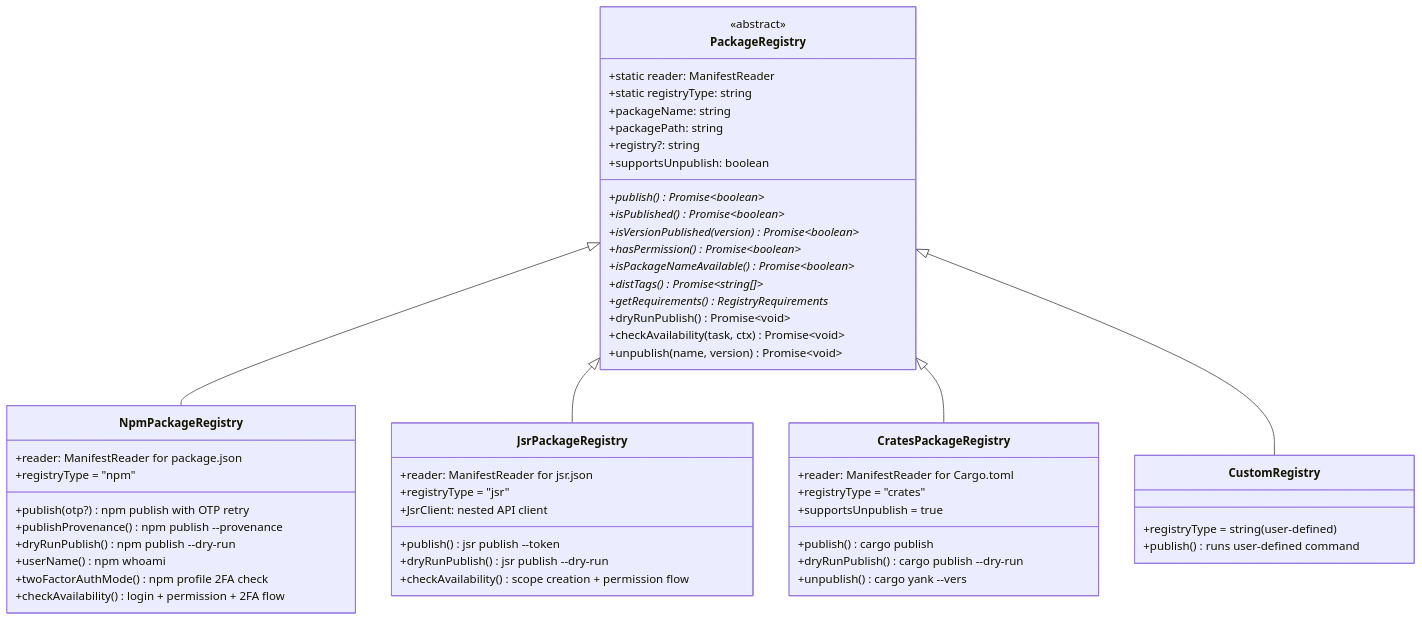
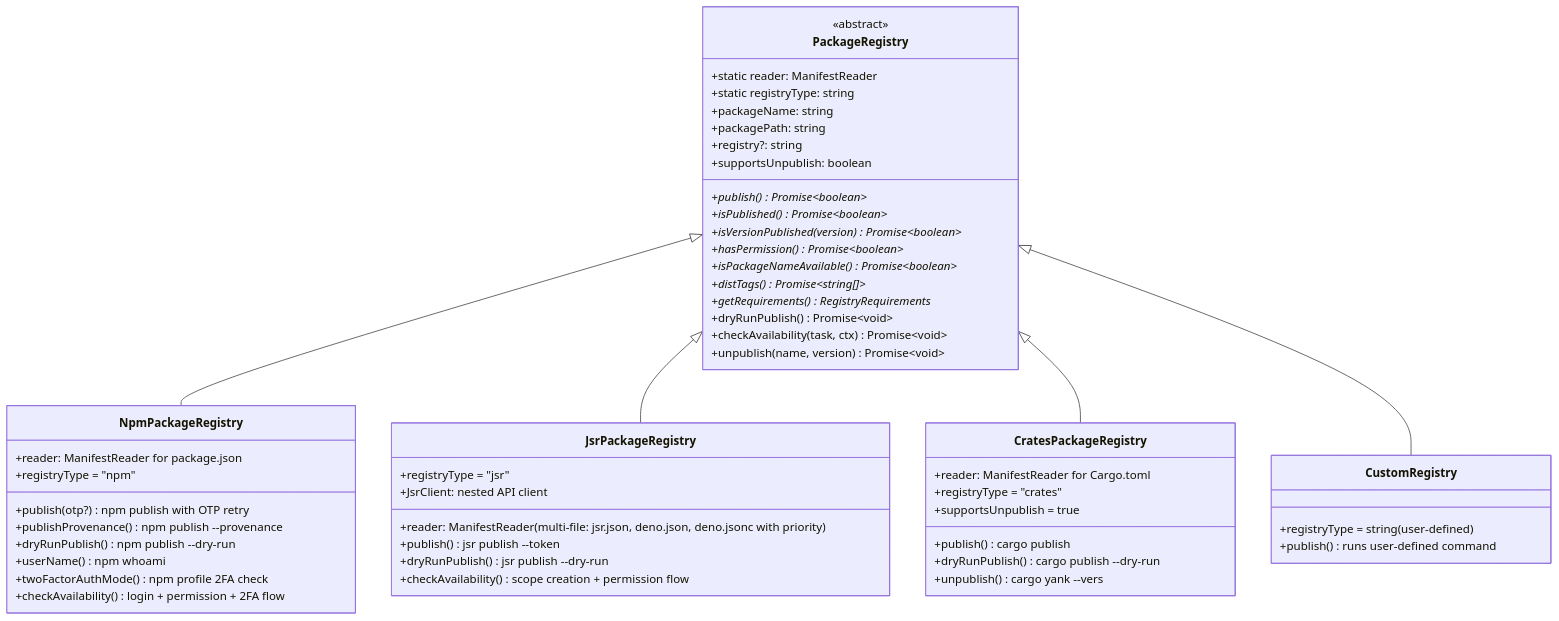
One commit to syi0808/pubm changed the sixth of 15 diagrams in ARCHITECTURE.md. Above: the diagram before and after it, drawn with Mermaid. The commit also changed other lines of this file and 51 other files, not shown here.

First line of the commit message:
feat(core): support deno.json/deno.jsonc as JSR manifest sources

````diff
--- a/ARCHITECTURE.md
+++ b/ARCHITECTURE.md
@@ -764,61 +765,61 @@
 ```mermaid
 classDiagram
     class PackageRegistry {
         <<abstract>>
         +static reader: ManifestReader
         +static registryType: string
         +packageName: string
         +packagePath: string
         +registry?: string
         +publish()* Promise~boolean~
         +isPublished()* Promise~boolean~
         +isVersionPublished(version)* Promise~boolean~
         +hasPermission()* Promise~boolean~
         +isPackageNameAvailable()* Promise~boolean~
         +distTags()* Promise~string[]~
         +getRequirements()* RegistryRequirements
         +dryRunPublish() Promise~void~
         +checkAvailability(task, ctx) Promise~void~
         +supportsUnpublish: boolean
         +unpublish(name, version) Promise~void~
     }
 
     class NpmPackageRegistry {
         +reader: ManifestReader for package.json
         +registryType = "npm"
         +publish(otp?) npm publish with OTP retry
         +publishProvenance() npm publish --provenance
         +dryRunPublish() npm publish --dry-run
         +userName() npm whoami
         +twoFactorAuthMode() npm profile 2FA check
         +checkAvailability() login + permission + 2FA flow
     }
 
     class JsrPackageRegistry {
-        +reader: ManifestReader for jsr.json
+        +reader: ManifestReader (multi-file: jsr.json, deno.json, deno.jsonc with priority)
         +registryType = "jsr"
         +JsrClient: nested API client
         +publish() jsr publish --token
         +dryRunPublish() jsr publish --dry-run
         +checkAvailability() scope creation + permission flow
     }
 
     class CratesPackageRegistry {
         +reader: ManifestReader for Cargo.toml
         +registryType = "crates"
         +publish() cargo publish
         +dryRunPublish() cargo publish --dry-run
         +supportsUnpublish = true
         +unpublish() cargo yank --vers
     }
 
     class CustomRegistry {
         +registryType = string (user-defined)
         +publish() runs user-defined command
     }
 
     PackageRegistry <|-- NpmPackageRegistry
     PackageRegistry <|-- JsrPackageRegistry
     PackageRegistry <|-- CratesPackageRegistry
     PackageRegistry <|-- CustomRegistry
 ```
````
